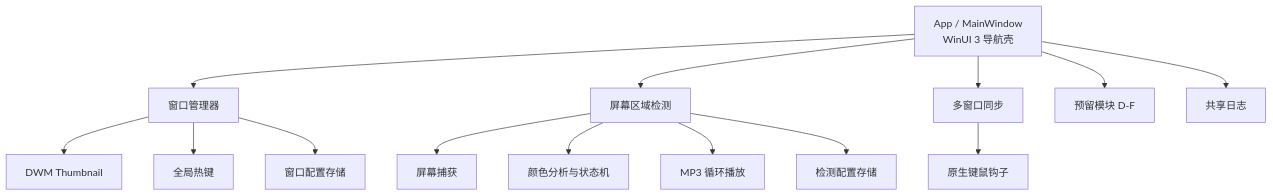
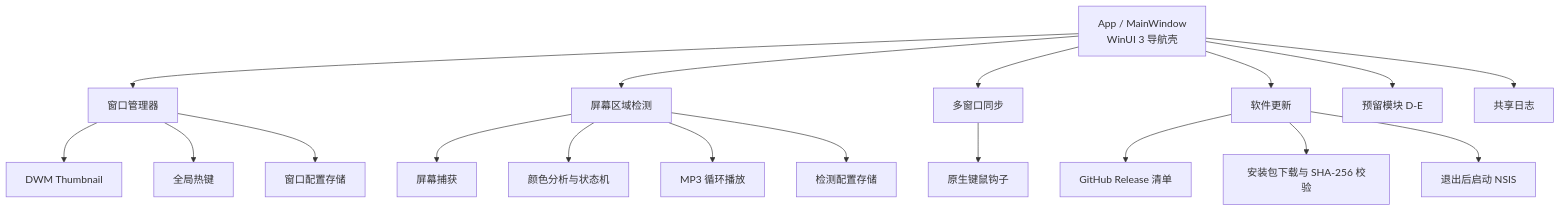
The diagram in README.md (Wineclouds04/Wineclouds-Studio), drawn with Mermaid before and after one commit. The commit also changed other lines of this file and 10 other files, not shown here.

Commit message:
Add GitHub-based software updater

````diff
--- a/README.md
+++ b/README.md
@@ -70,17 +72,21 @@
 ```mermaid
 flowchart TB
     App[App / MainWindow\nWinUI 3 导航壳] --> A[窗口管理器]
     App --> B[屏幕区域检测]
     App --> C[多窗口同步]
-    App --> D[预留模块 D-F]
+    App --> F[软件更新]
+    App --> D[预留模块 D-E]
 
     A --> A1[DWM Thumbnail]
     A --> A2[全局热键]
     A --> A3[窗口配置存储]
     B --> B1[屏幕捕获]
     B --> B2[颜色分析与状态机]
     B --> B3[MP3 循环播放]
     B --> B4[检测配置存储]
     C --> C1[原生键鼠钩子]
+    F --> F1[GitHub Release 清单]
+    F --> F2[安装包下载与 SHA-256 校验]
+    F --> F3[退出后启动 NSIS]
     App --> L[共享日志]
 ```
````
